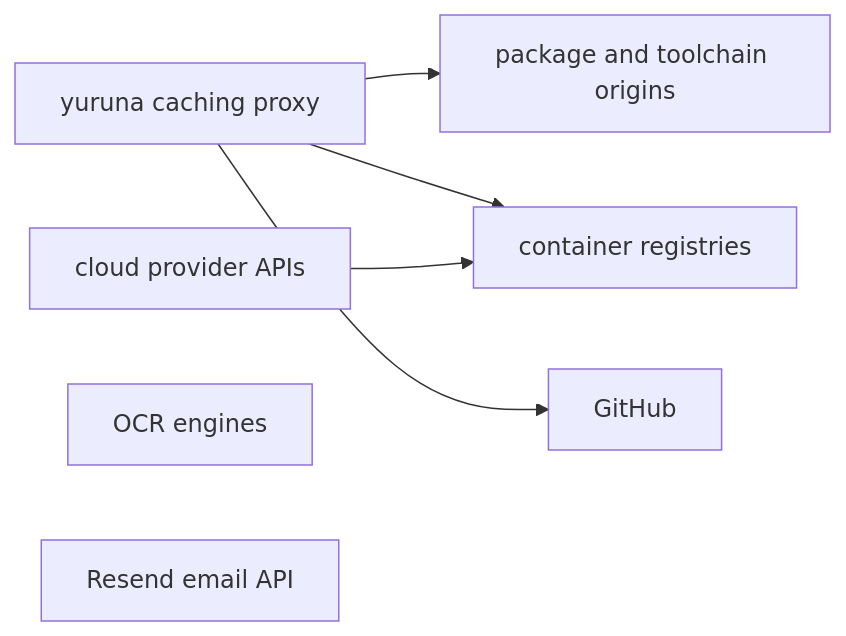
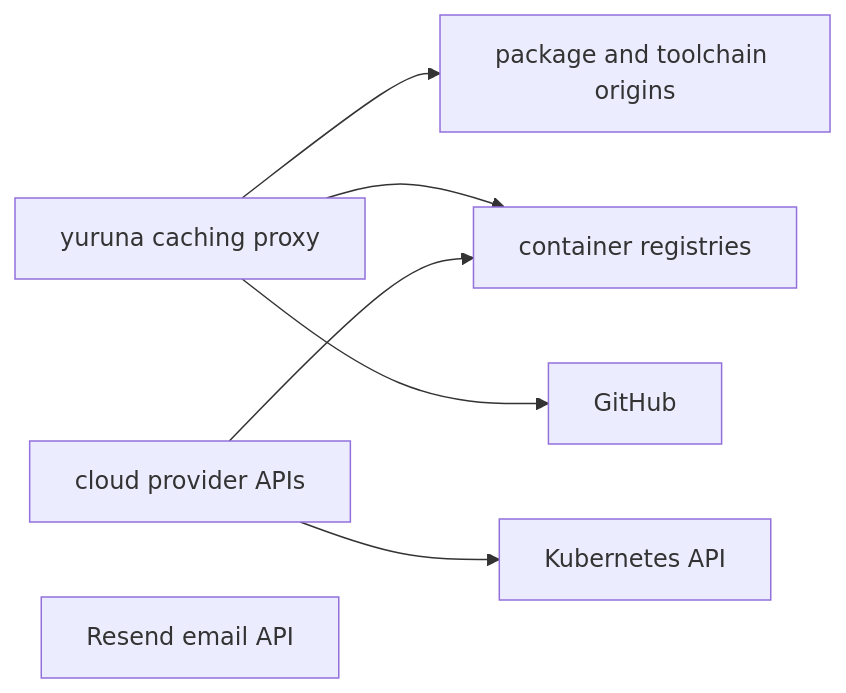
Before and after one commit to alissonsol/yuruna: the seventh of 7 diagrams in docs/design/02-component-breakdown.md, drawn with Mermaid. The commit also changed other lines of this file and 662 other files, not shown here.

````diff
--- a/docs/design/02-component-breakdown.md
+++ b/docs/design/02-component-breakdown.md
@@ -522,15 +799,16 @@
 ```mermaid
 flowchart LR
     caching-proxy["yuruna caching proxy"]
     package-origins["package and toolchain origins"]
     container-registries["container registries"]
     github["GitHub"]
     cloud-apis["cloud provider APIs"]
-    ocr-engines["OCR engines"]
+    cluster-api["Kubernetes API"]
     resend-api["Resend email API"]
 
     caching-proxy --> package-origins
     caching-proxy --> container-registries
     caching-proxy --> github
     cloud-apis --> container-registries
+    cloud-apis --> cluster-api
 ```
````
